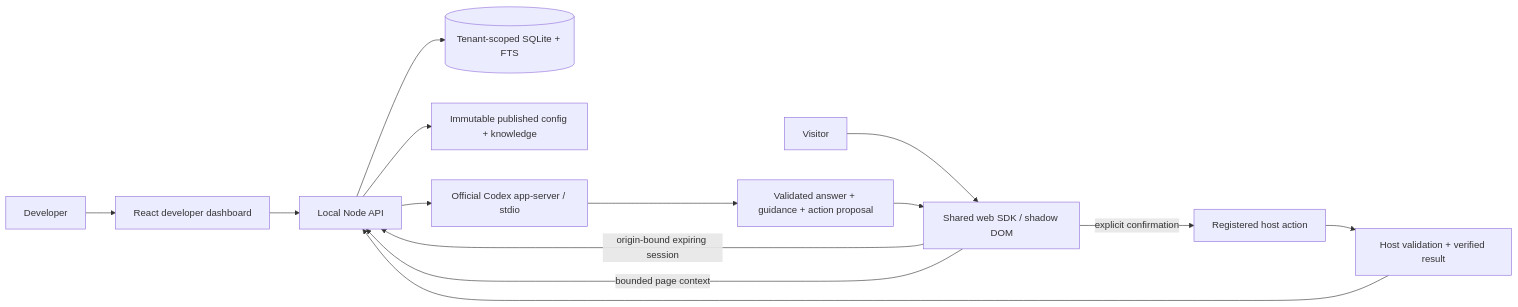
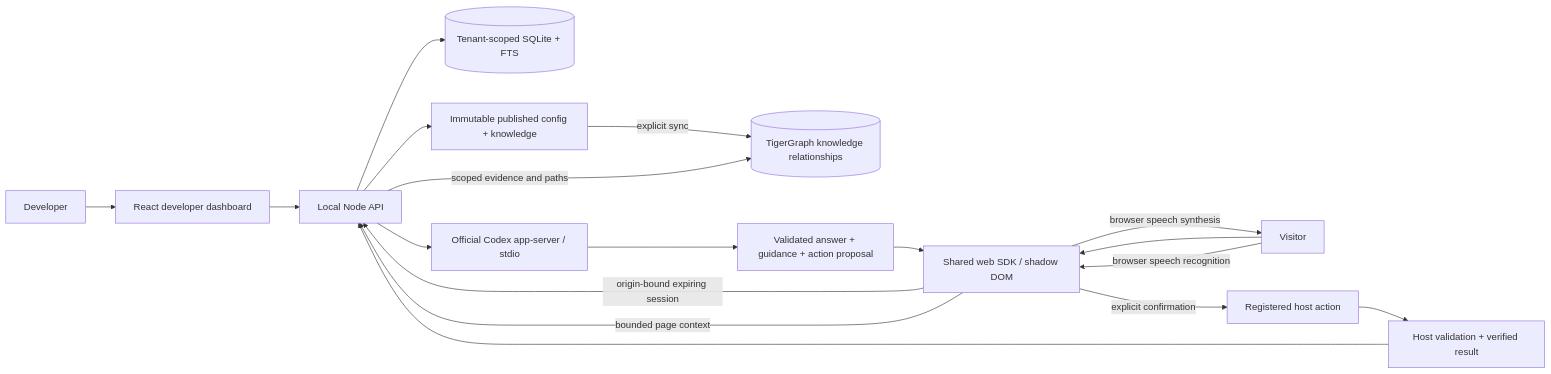
The diagram in docs/architecture.md (Nithesh8678/guidekit), drawn with Mermaid before and after one commit. The commit also changed 18 other files, not shown here.

Commit message:
Complete live TigerGraph setup and browser voice test handoff

````diff
--- a/docs/architecture.md
+++ b/docs/architecture.md
@@ -3,16 +3,20 @@
 ```mermaid
 flowchart LR
   Developer --> Dashboard[React developer dashboard]
   Dashboard --> API[Local Node API]
   API --> DB[(Tenant-scoped SQLite + FTS)]
   API --> Versions[Immutable published config + knowledge]
   Visitor --> SDK[Shared web SDK / shadow DOM]
   SDK -->|origin-bound expiring session| API
   SDK -->|bounded page context| API
+  Versions -->|explicit sync| Graph[(TigerGraph knowledge relationships)]
+  API -->|scoped evidence and paths| Graph
+  Visitor -->|browser speech recognition| SDK
+  SDK -->|browser speech synthesis| Visitor
   API --> Runtime[Official Codex app-server / stdio]
   Runtime --> Plan[Validated answer + guidance + action proposal]
   Plan --> SDK
   SDK -->|explicit confirmation| Host[Registered host action]
   Host --> Outcome[Host validation + verified result]
   Outcome --> API
 ```
````
